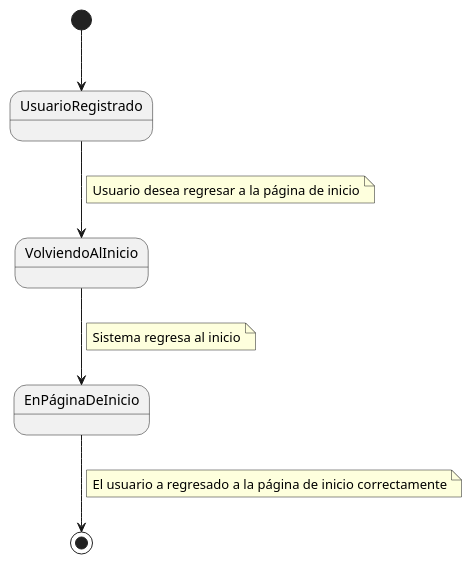
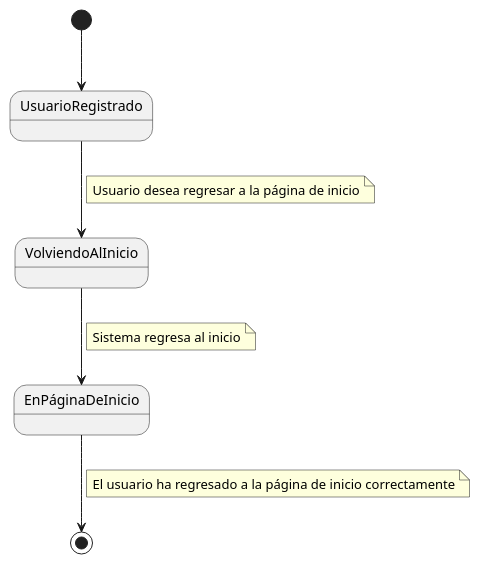
One commit to mmasias/24-25-IdSw1-SDR changed the diagram in Documentos/DetallarCasosDeUso/VolverAlInicio.puml. Above: the diagram before and after it, drawn with PlantUML.

```diff
--- a/Documentos/DetallarCasosDeUso/VolverAlInicio.puml
+++ b/Documentos/DetallarCasosDeUso/VolverAlInicio.puml
@@ -1,17 +1,17 @@
 @startuml
 [*] --> UsuarioRegistrado
 UsuarioRegistrado --> VolviendoAlInicio
 note on link
     Usuario desea regresar a la página de inicio
 end note
 
 VolviendoAlInicio --> EnPáginaDeInicio
 note on link
     Sistema regresa al inicio
 end note
 
 EnPáginaDeInicio --> [*]
 note on link
-    El usuario a regresado a la página de inicio correctamente
+    El usuario ha regresado a la página de inicio correctamente
 end note
 @enduml
```
